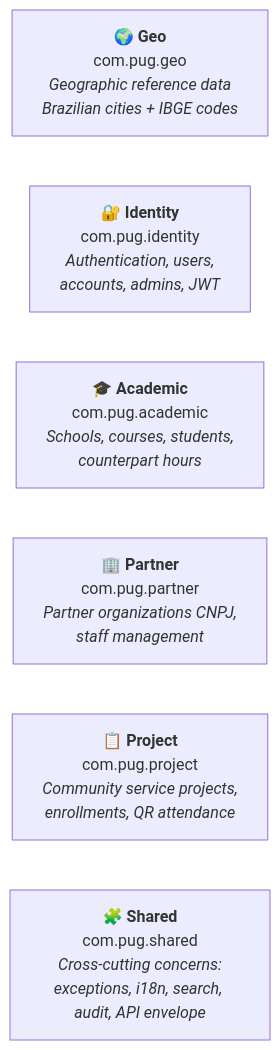
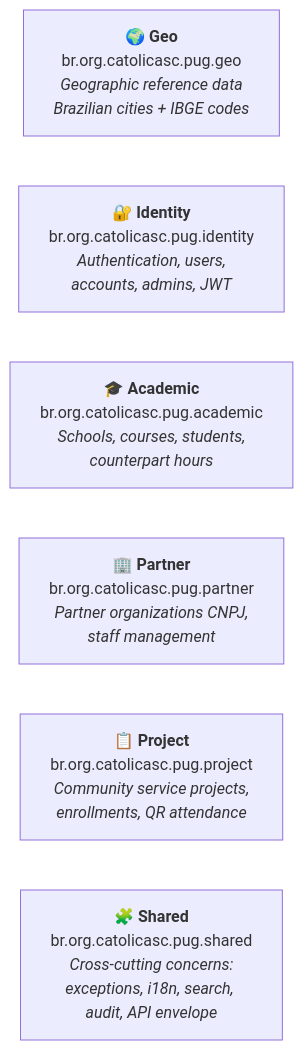
One commit to Plataforma-Universidade-Gratuita/pug-service changed the third of 6 diagrams in README.md. Above: the diagram before and after it, drawn with Mermaid. The commit also changed other lines of this file and 675 other files, not shown here.

Commit message:
PUG-136: From com.pug to br.org.catolicasc.pug;

````diff
--- a/README.md
+++ b/README.md
@@ -127,9 +128,9 @@
 ```mermaid
 graph LR
-    GEO["🌍 <b>Geo</b><br/>com.pug.geo<br/><i>Geographic reference data<br/>Brazilian cities + IBGE codes</i>"]
-    IDENTITY["🔐 <b>Identity</b><br/>com.pug.identity<br/><i>Authentication, users,<br/>accounts, admins, JWT</i>"]
-    ACADEMIC["🎓 <b>Academic</b><br/>com.pug.academic<br/><i>Schools, courses, students,<br/>counterpart hours</i>"]
-    PARTNER["🏢 <b>Partner</b><br/>com.pug.partner<br/><i>Partner organizations CNPJ,<br/>staff management</i>"]
-    PROJECT["📋 <b>Project</b><br/>com.pug.project<br/><i>Community service projects,<br/>enrollments, QR attendance</i>"]
-    SHARED["🧩 <b>Shared</b><br/>com.pug.shared<br/><i>Cross-cutting concerns:<br/>exceptions, i18n, search, audit, API envelope</i>"]
+    GEO["🌍 <b>Geo</b><br/>br.org.catolicasc.pug.geo<br/><i>Geographic reference data<br/>Brazilian cities + IBGE codes</i>"]
+    IDENTITY["🔐 <b>Identity</b><br/>br.org.catolicasc.pug.identity<br/><i>Authentication, users,<br/>accounts, admins, JWT</i>"]
+    ACADEMIC["🎓 <b>Academic</b><br/>br.org.catolicasc.pug.academic<br/><i>Schools, courses, students,<br/>counterpart hours</i>"]
+    PARTNER["🏢 <b>Partner</b><br/>br.org.catolicasc.pug.partner<br/><i>Partner organizations CNPJ,<br/>staff management</i>"]
+    PROJECT["📋 <b>Project</b><br/>br.org.catolicasc.pug.project<br/><i>Community service projects,<br/>enrollments, QR attendance</i>"]
+    SHARED["🧩 <b>Shared</b><br/>br.org.catolicasc.pug.shared<br/><i>Cross-cutting concerns:<br/>exceptions, i18n, search, audit, API envelope</i>"]
 ```
````
